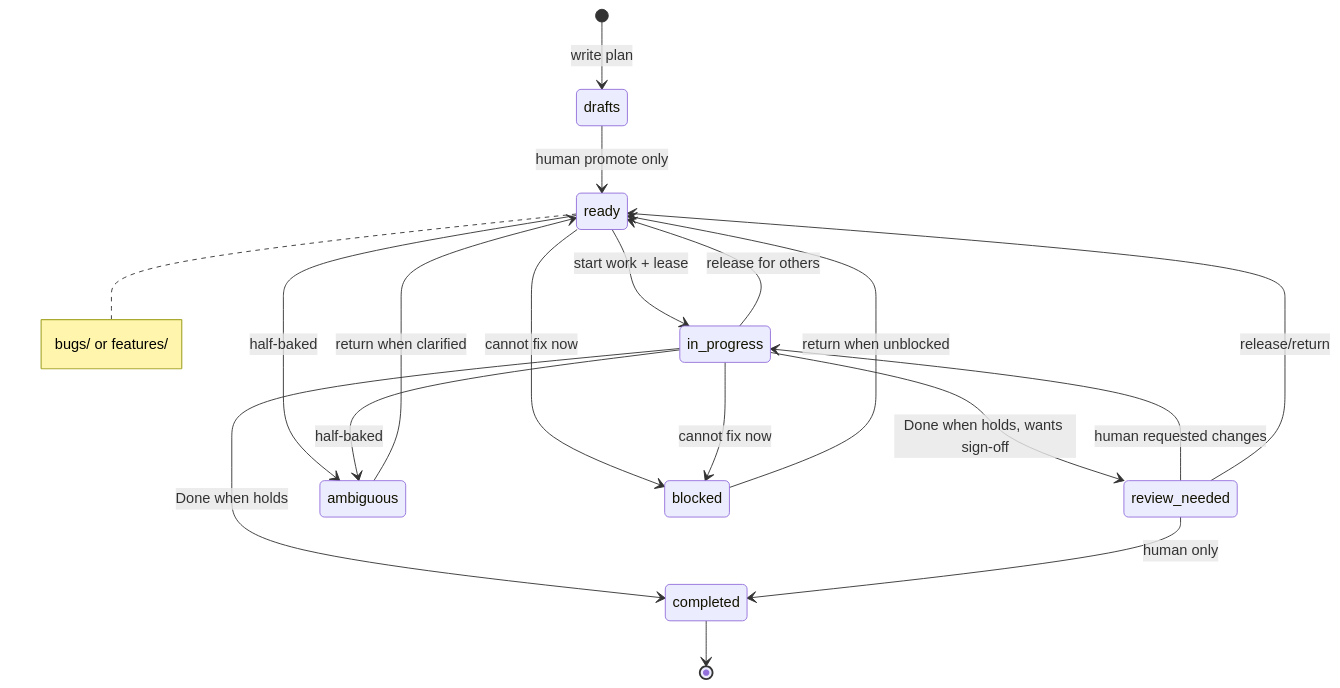
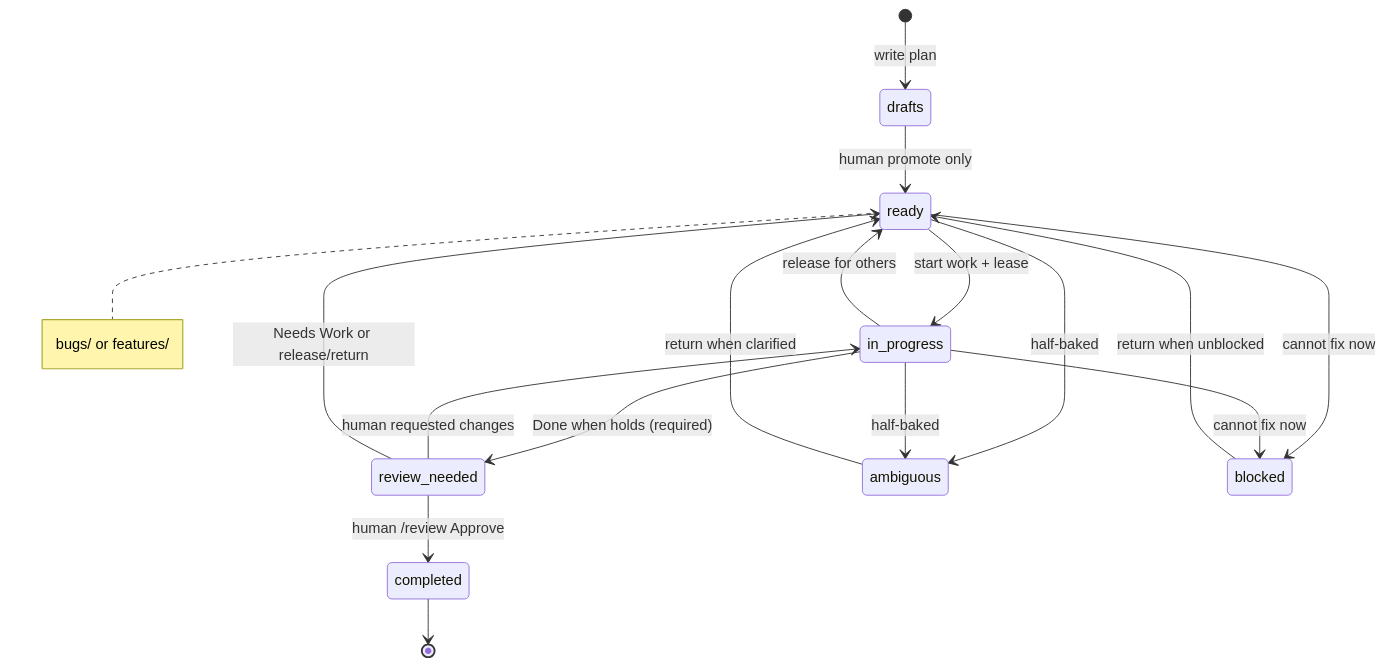
Before and after one commit to carefreeinv/anchor: the first of 2 diagrams in docs/docs/skills/work.md, drawn with Mermaid. The commit also changed other lines of this file and 22 other files, not shown here.

First line of the commit message:
Make agent finish always land in review-needed/

````diff
--- a/docs/docs/skills/work.md
+++ b/docs/docs/skills/work.md
@@ -47,23 +47,22 @@
 ```mermaid
 stateDiagram-v2
   [*] --> drafts: write plan
   drafts --> ready: human promote only
   ready --> in_progress: start work + lease
-  in_progress --> completed: Done when holds
-  in_progress --> review_needed: Done when holds, wants sign-off
-  review_needed --> completed: human only
+  in_progress --> review_needed: Done when holds (required)
+  review_needed --> completed: human /review Approve
   review_needed --> in_progress: human requested changes
-  review_needed --> ready: release/return
+  review_needed --> ready: Needs Work or release/return
   ready --> ambiguous: half-baked
   ready --> blocked: cannot fix now
   in_progress --> ambiguous: half-baked
   in_progress --> blocked: cannot fix now
   in_progress --> ready: release for others
   ambiguous --> ready: return when clarified
   blocked --> ready: return when unblocked
   completed --> [*]
 
   note right of ready
     bugs/ or features/
   end note
 ```
````
